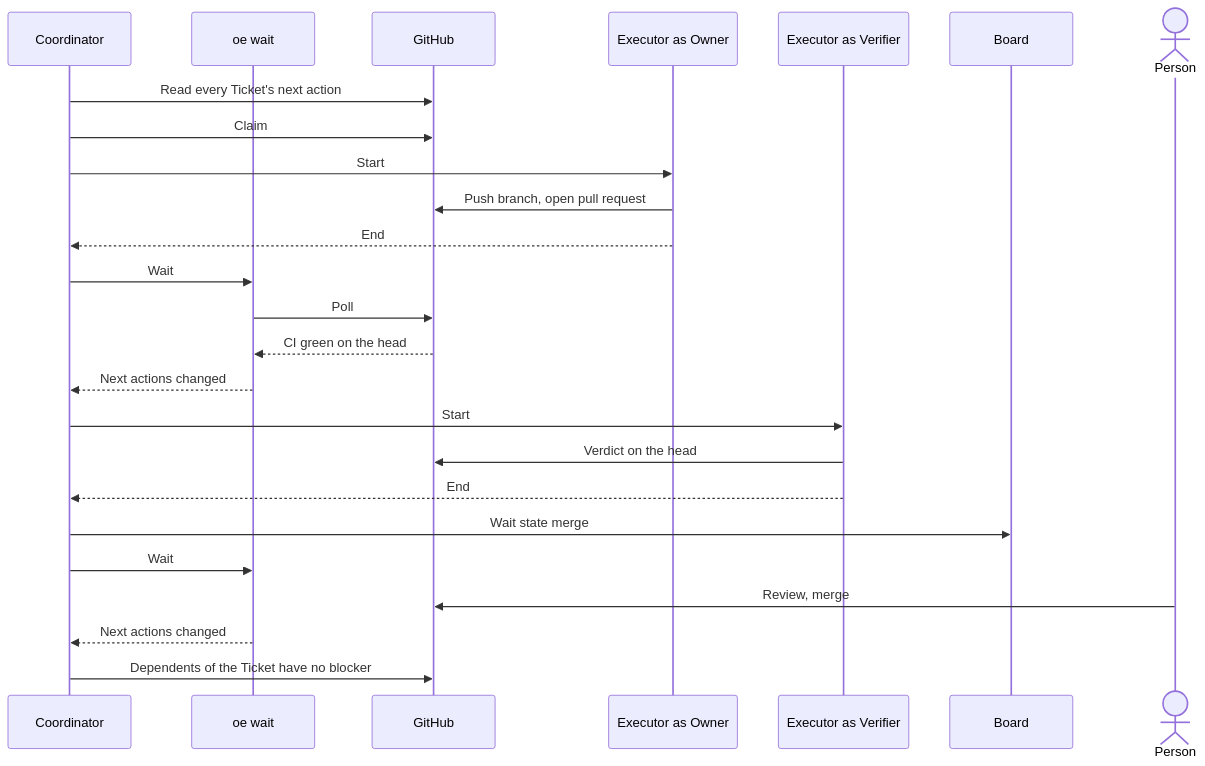
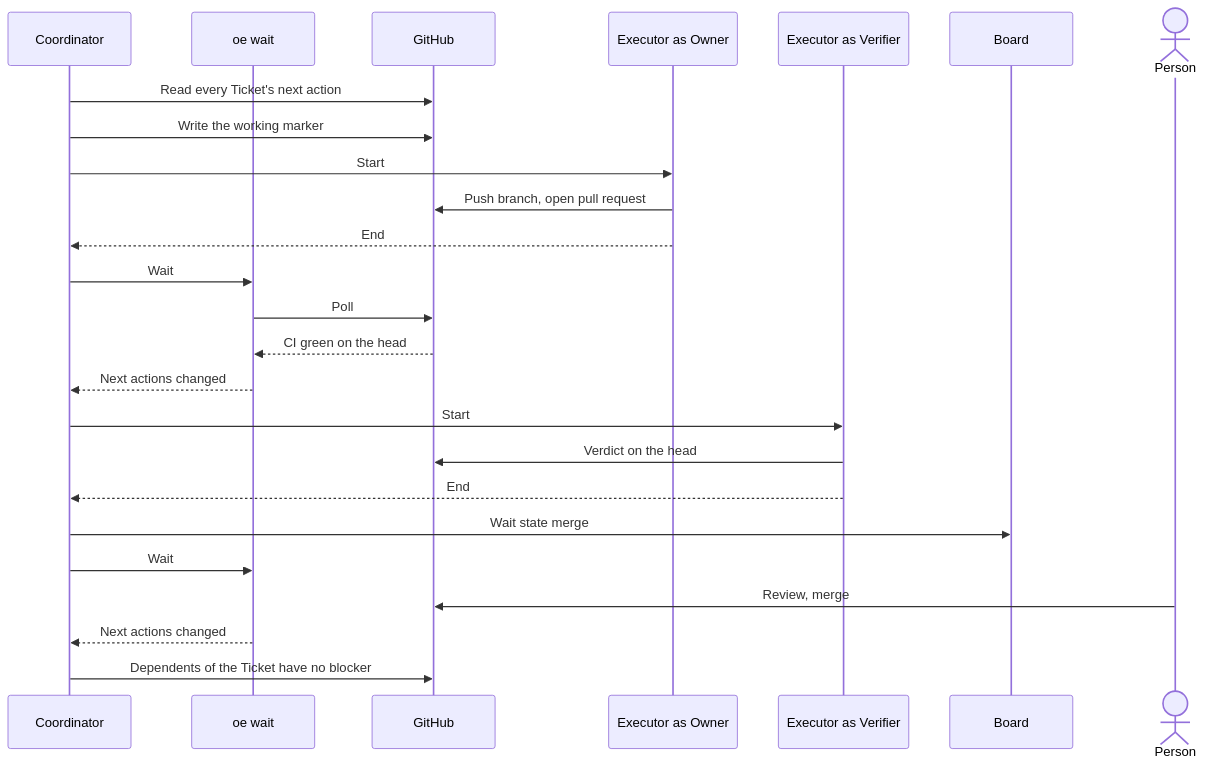
One commit to maro114510/skills changed the fourth of 5 diagrams in docs/design/development-pipeline.md. Above: the diagram before and after it, drawn with Mermaid. The commit also changed other lines of this file and 3 other files, not shown here.

````diff
--- a/docs/design/development-pipeline.md
+++ b/docs/design/development-pipeline.md
@@ -123,27 +123,27 @@
 ```mermaid
 sequenceDiagram
     participant R as Coordinator
     participant W as oe wait
     participant G as GitHub
     participant O as Executor as Owner
     participant V as Executor as Verifier
     participant B as Board
     actor P as Person
     R->>G: Read every Ticket's next action
-    R->>G: Claim
+    R->>G: Write the working marker
     R->>O: Start
     O->>G: Push branch, open pull request
     O-->>R: End
     R->>W: Wait
     W->>G: Poll
     G-->>W: CI green on the head
     W-->>R: Next actions changed
     R->>V: Start
     V->>G: Verdict on the head
     V-->>R: End
     R->>B: Wait state merge
     R->>W: Wait
     P->>G: Review, merge
     W-->>R: Next actions changed
     R->>G: Dependents of the Ticket have no blocker
 ```
````
